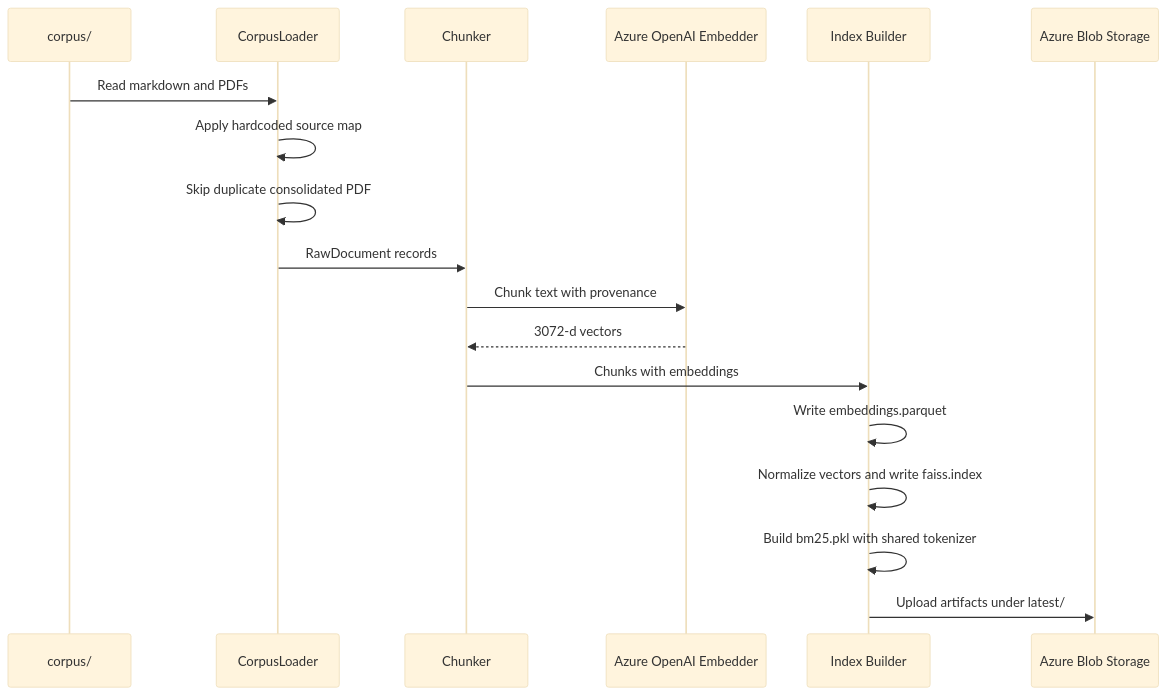
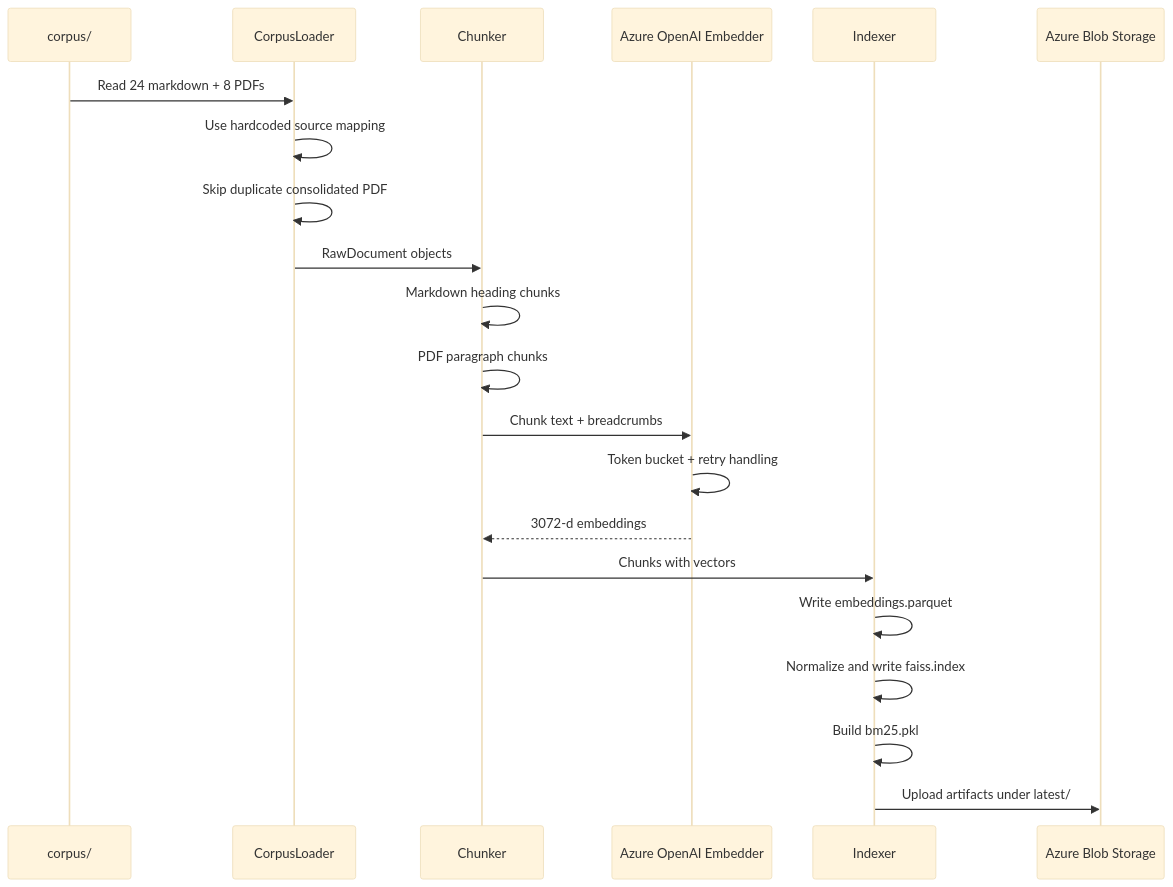
One commit to Mehulupase01/HR-Policy-RAG-FAISS-BM25-RRF-Azure-Container changed the second of 4 diagrams in README.md. Above: the diagram before and after it, drawn with Mermaid (base theme). The commit also changed other lines of this file and 11 other files, not shown here.

````diff
--- a/README.md
+++ b/README.md
@@ -70,21 +159,24 @@
 ```mermaid
 sequenceDiagram
-    participant Corpus as corpus/
-    participant Loader as CorpusLoader
-    participant Chunker as Chunker
-    participant Embedder as Azure OpenAI Embedder
-    participant Indexer as Index Builder
-    participant Blob as Azure Blob Storage
+    participant C as corpus/
+    participant L as CorpusLoader
+    participant CH as Chunker
+    participant E as Azure OpenAI Embedder
+    participant I as Indexer
+    participant B as Azure Blob Storage
 
-    Corpus->>Loader: Read markdown and PDFs
-    Loader->>Loader: Apply hardcoded source map
-    Loader->>Loader: Skip duplicate consolidated PDF
-    Loader->>Chunker: RawDocument records
-    Chunker->>Embedder: Chunk text with provenance
-    Embedder-->>Chunker: 3072-d vectors
-    Chunker->>Indexer: Chunks with embeddings
-    Indexer->>Indexer: Write embeddings.parquet
-    Indexer->>Indexer: Normalize vectors and write faiss.index
-    Indexer->>Indexer: Build bm25.pkl with shared tokenizer
-    Indexer->>Blob: Upload artifacts under latest/
+    C->>L: Read 24 markdown + 8 PDFs
+    L->>L: Use hardcoded source mapping
+    L->>L: Skip duplicate consolidated PDF
+    L->>CH: RawDocument objects
+    CH->>CH: Markdown heading chunks
+    CH->>CH: PDF paragraph chunks
+    CH->>E: Chunk text + breadcrumbs
+    E->>E: Token bucket + retry handling
+    E-->>CH: 3072-d embeddings
+    CH->>I: Chunks with vectors
+    I->>I: Write embeddings.parquet
+    I->>I: Normalize and write faiss.index
+    I->>I: Build bm25.pkl
+    I->>B: Upload artifacts under latest/
 ```
````
